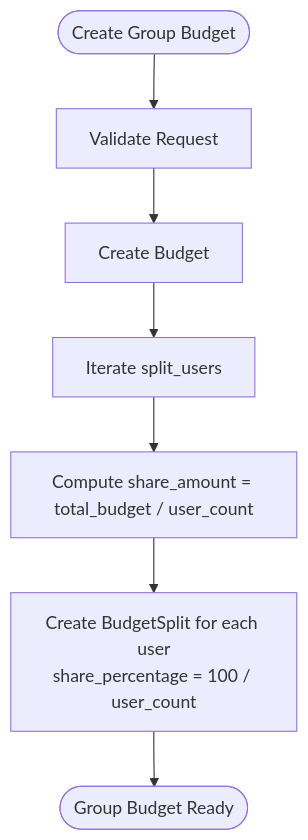
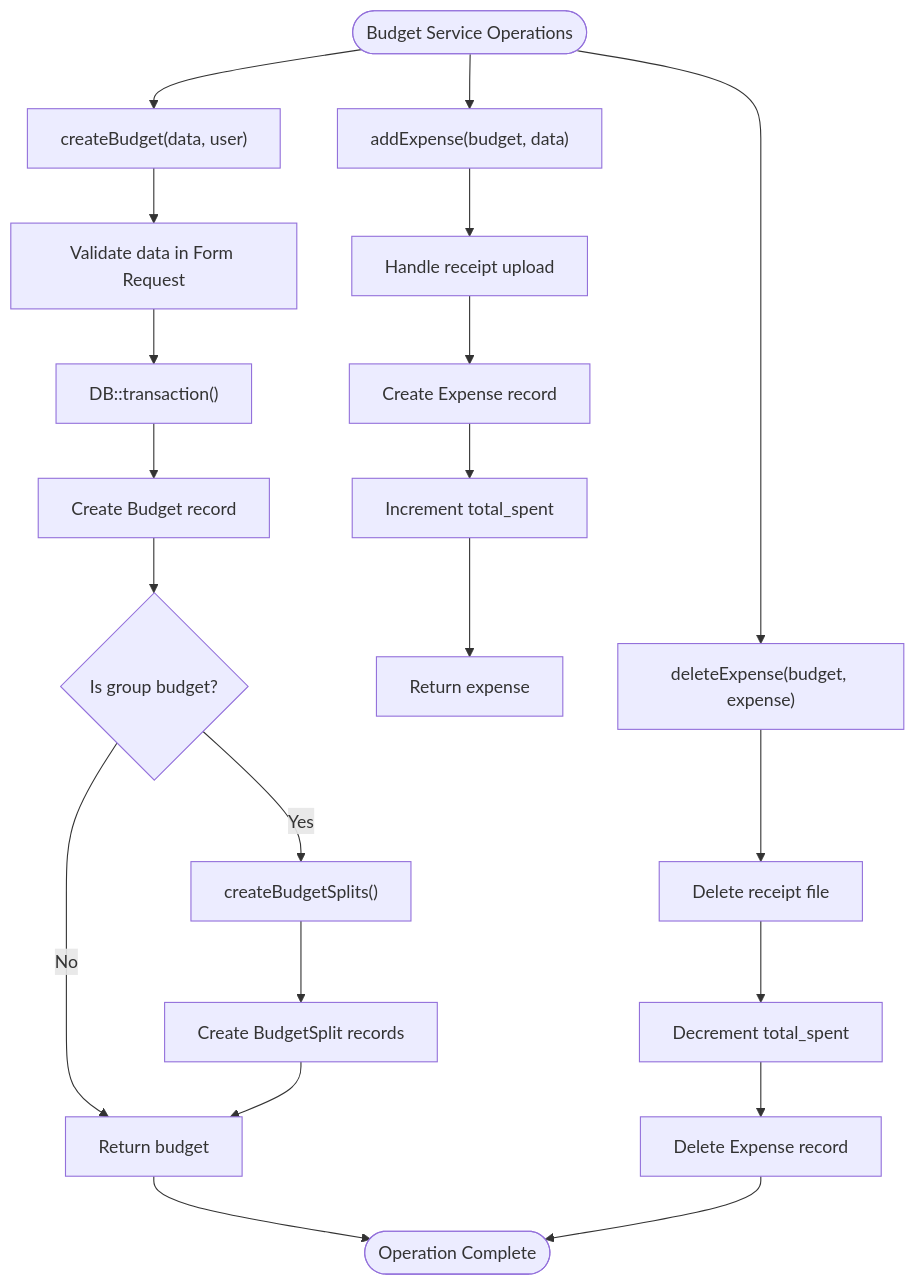
Before and after one commit to VenokM05/Travel_Project: the fourth of 9 diagrams in .qoder/repowiki/en/content/Budget and Expense Tracking.md, drawn with Mermaid. The commit also changed other lines of this file and 12 other files, not shown here.

````diff
--- a/.qoder/repowiki/en/content/Budget and Expense Tracking.md
+++ b/.qoder/repowiki/en/content/Budget and Expense Tracking.md
@@ -287,9 +262,23 @@
 ```mermaid
 flowchart TD
-Start(["Create Group Budget"]) --> Validate["Validate Request"]
-Validate --> CreateBudget["Create Budget"]
-CreateBudget --> IterateUsers["Iterate split_users"]
-IterateUsers --> ComputeShare["Compute share_amount = total_budget / user_count"]
-ComputeShare --> CreateSplit["Create BudgetSplit for each user<br/>share_percentage = 100 / user_count"]
-CreateSplit --> Done(["Group Budget Ready"])
+Start(["Budget Service Operations"]) --> CreateBudget["createBudget(data, user)"]
+CreateBudget --> Validate["Validate data in Form Request"]
+Validate --> Transaction["DB::transaction()"]
+Transaction --> CreateBudgetRecord["Create Budget record"]
+CreateBudgetRecord --> CheckType{"Is group budget?"}
+CheckType --> |Yes| CreateSplits["createBudgetSplits()"]
+CheckType --> |No| ReturnBudget["Return budget"]
+CreateSplits --> CreateSplitRecords["Create BudgetSplit records"]
+CreateSplitRecords --> ReturnBudget
+ReturnBudget --> End(["Operation Complete"])
+Start --> AddExpense["addExpense(budget, data)"]
+AddExpense --> HandleReceipt["Handle receipt upload"]
+HandleReceipt --> CreateExpense["Create Expense record"]
+CreateExpense --> IncrementSpent["Increment total_spent"]
+IncrementSpent --> ReturnExpense["Return expense"]
+Start --> DeleteExpense["deleteExpense(budget, expense)"]
+DeleteExpense --> DeleteReceipt["Delete receipt file"]
+DeleteReceipt --> DecrementSpent["Decrement total_spent"]
+DecrementSpent --> DeleteExpenseRecord["Delete Expense record"]
+DeleteExpenseRecord --> End
 ```
````
